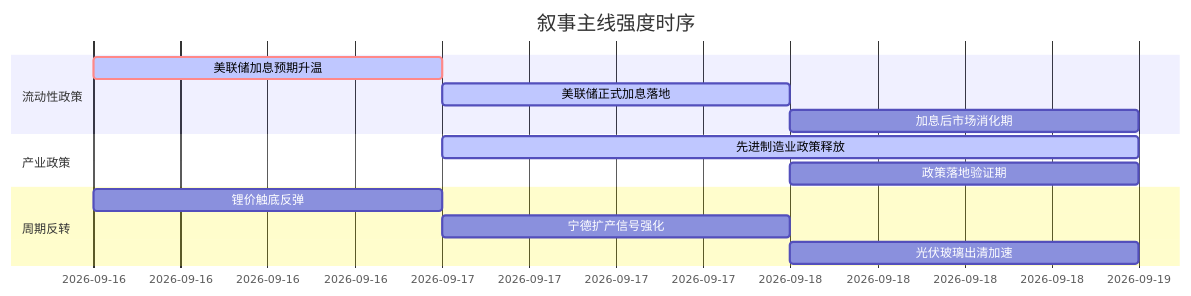
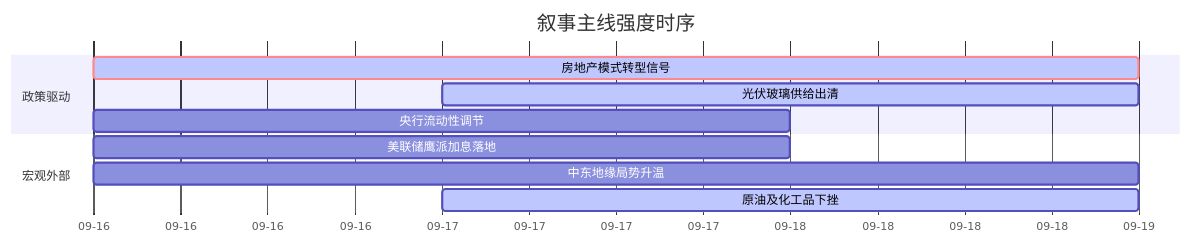
The diagram in 5day_report.md (uu5zn/uu5zn.github.io), drawn with Mermaid before and after one commit. The commit also changed other lines of this file and 23 other files, not shown here.

````diff
--- a/5day_report.md
+++ b/5day_report.md
@@ -56,18 +49,15 @@
 ```mermaid
 gantt
     title 叙事主线强度时序
     dateFormat  YYYY-MM-DD
-    section 流动性政策
-    美联储加息预期升温   :crit, active, 2026-09-16, 1d
-    美联储正式加息落地   :active, 2026-09-17, 1d
-    加息后市场消化期     :2026-09-18, 1d
+    axisFormat  %m-%d
+    section 政策驱动
+    房地产模式转型信号   :crit, active, 2026-09-16, 3d
+    光伏玻璃供给出清    :active, 2026-09-17, 2d
+    央行流动性调节      :2026-09-16, 2d
     
-    section 产业政策
-    先进制造业政策释放   :active, 2026-09-17, 2d
-    政策落地验证期       :2026-09-18, 1d
-    
-    section 周期反转
-    锂价触底反弹         :2026-09-16, 1d
-    宁德扩产信号强化     :2026-09-17, 1d
-    光伏玻璃出清加速     :2026-09-18, 1d
+    section 宏观外部
+    美联储鹰派加息落地  :2026-09-16, 2d
+    中东地缘局势升温    :2026-09-16, 3d
+    原油及化工品下挫    :active, 2026-09-17, 2d
 ```
````
